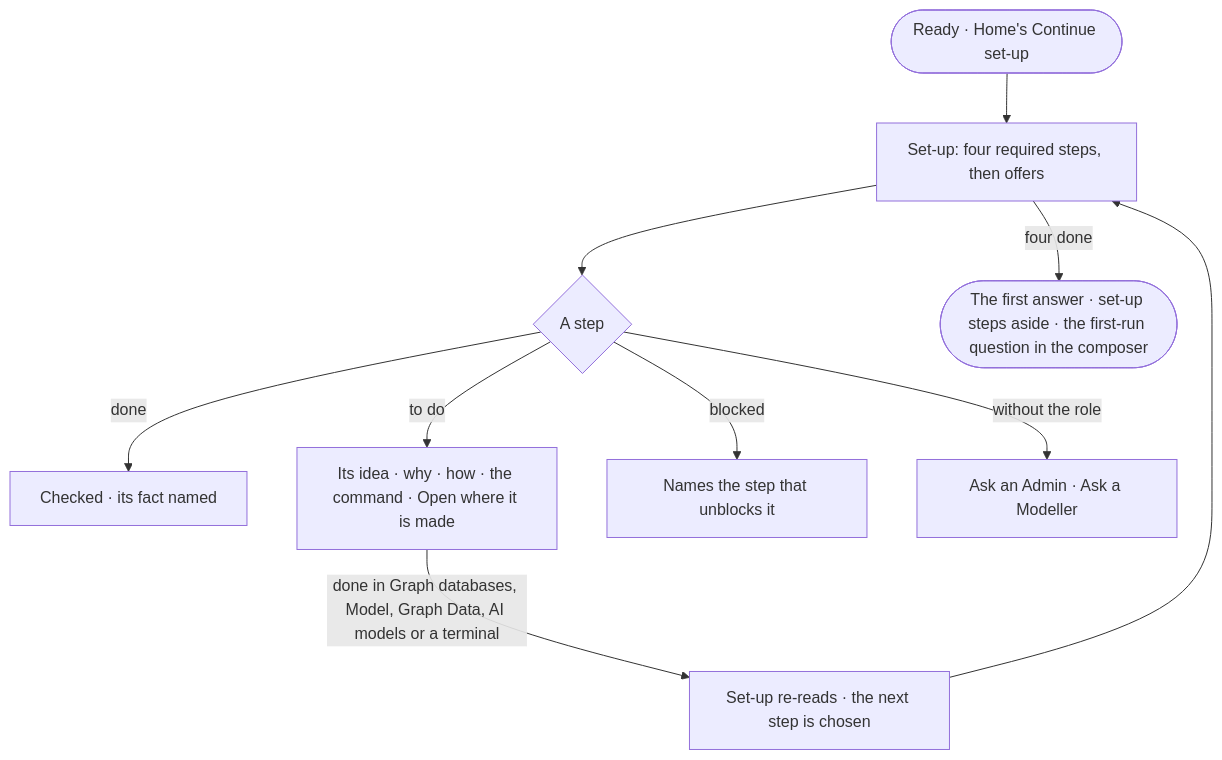
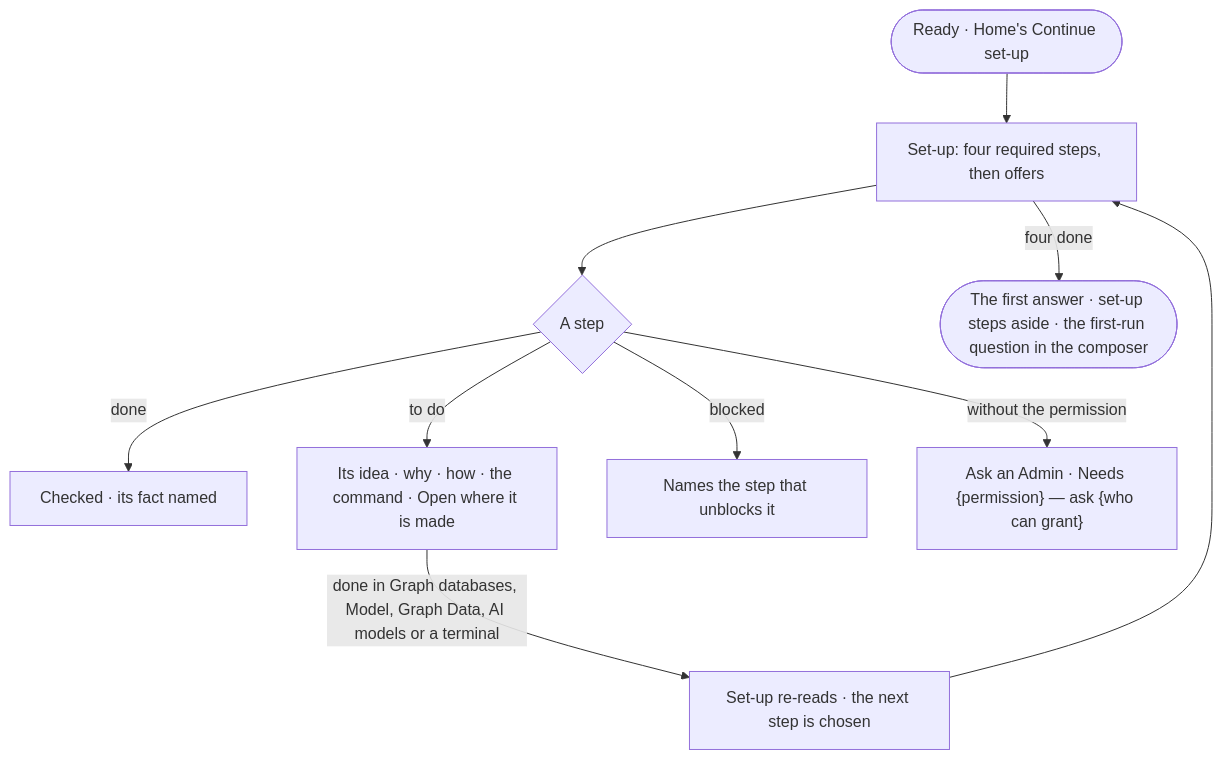
The diagram in specs/os/control/features/CP-F05-graph-databases/stories/CP-24-see-what-is-left-before-the-first-answer/story.md (invana/invana), drawn with Mermaid before and after one commit. The commit also changed other lines of this file and 228 other files, not shown here.

````diff
--- a/specs/os/control/features/CP-F05-graph-databases/stories/CP-24-see-what-is-left-before-the-first-answer/story.md
+++ b/specs/os/control/features/CP-F05-graph-databases/stories/CP-24-see-what-is-left-before-the-first-answer/story.md
@@ -26,12 +26,12 @@
 ```mermaid
 flowchart TD
   r([Ready · Home's Continue set-up]) --> l["Set-up: four required steps, then offers"]
   l --> s{"A step"}
   s -->|done| ck["Checked · its fact named"]
   s -->|to do| go["Its idea · why · how · the command · Open where it is made"]
   s -->|blocked| bl["Names the step that unblocks it"]
-  s -->|without the role| ask["Ask an Admin · Ask a Modeller"]
+  s -->|without the permission| ask["Ask an Admin · Needs {permission} — ask {who can grant}"]
   go -->|done in Graph databases, Model, Graph Data, AI models or a terminal| re["Set-up re-reads · the next step is chosen"]
   re --> l
   l -->|four done| a(["The first answer · set-up steps aside · the first-run question in the composer"])
 ```
````
